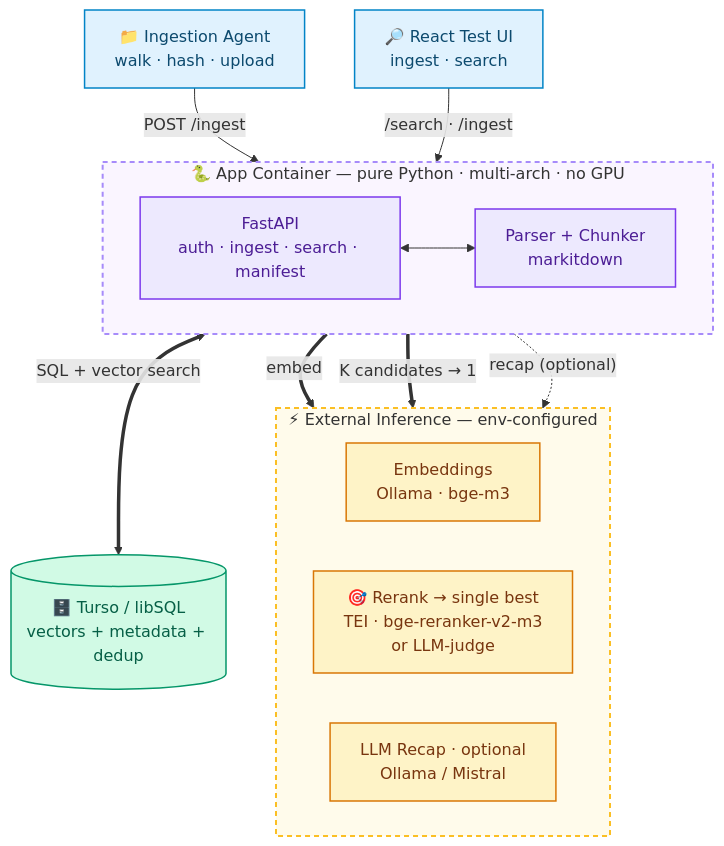
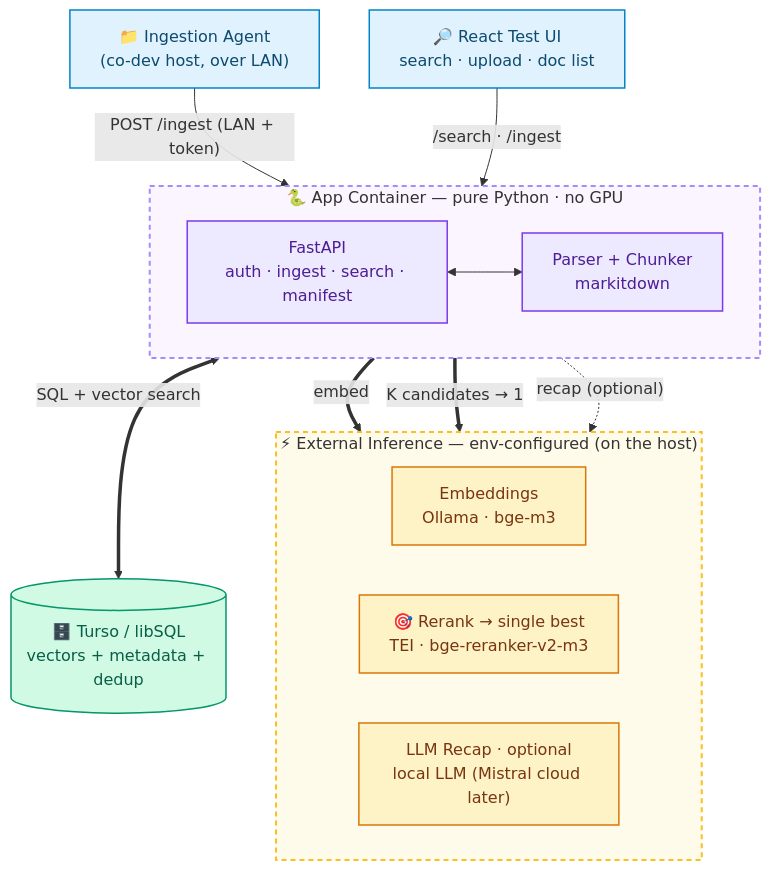
Before and after one commit to AetherisAI/condense: the diagram in README.md, drawn with Mermaid. The commit also changed other lines of this file, not shown here.

````diff
--- a/README.md
+++ b/README.md
@@ -81,41 +82,41 @@
 ```mermaid
 flowchart TB
-    AGENT["📁 Ingestion Agent<br/>walk · hash · upload"]
-    UI["🔎 React Test UI<br/>ingest · search"]
+    AGENT["📁 Ingestion Agent<br/>(co-dev host, over LAN)"]
+    UI["🔎 React Test UI<br/>search · upload · doc list"]
 
-    subgraph app["🐍 App Container — pure Python · multi-arch · no GPU"]
+    subgraph app["🐍 App Container — pure Python · no GPU"]
         direction LR
         API["FastAPI<br/>auth · ingest · search · manifest"]
         PARSE["Parser + Chunker<br/>markitdown"]
         API <--> PARSE
     end
 
-    subgraph inference["⚡ External Inference — env-configured"]
+    subgraph inference["⚡ External Inference — env-configured (on the host)"]
         direction LR
         EMB["Embeddings<br/>Ollama · bge-m3"]
-        RERANK["🎯 Rerank → single best<br/>TEI · bge-reranker-v2-m3<br/>or LLM-judge"]
-        LLM["LLM Recap · optional<br/>Ollama / Mistral"]
+        RERANK["🎯 Rerank → single best<br/>TEI · bge-reranker-v2-m3"]
+        LLM["LLM Recap · optional<br/>local LLM (Mistral cloud later)"]
     end
 
     DB[("🗄️ Turso / libSQL<br/>vectors + metadata + dedup")]
 
-    AGENT -->|"POST /ingest"| API
+    AGENT -->|"POST /ingest (LAN + token)"| API
     UI -->|"/search · /ingest"| API
     API ==>|"embed"| EMB
     API ==>|"K candidates → 1"| RERANK
     API -.->|"recap (optional)"| LLM
     API <==>|"SQL + vector search"| DB
 
     classDef client fill:#e0f2fe,stroke:#0284c7,stroke-width:1.5px,color:#0c4a6e;
     classDef appnode fill:#ede9fe,stroke:#7c3aed,stroke-width:1.5px,color:#4c1d95;
     classDef infer fill:#fef3c7,stroke:#d97706,stroke-width:1.5px,color:#78350f;
     classDef store fill:#d1fae5,stroke:#059669,stroke-width:1.5px,color:#065f46;
 
     class AGENT,UI client;
     class API,PARSE appnode;
     class EMB,RERANK,LLM infer;
     class DB store;
 
     style app fill:#faf5ff,stroke:#a78bfa,stroke-width:2px,stroke-dasharray:5 4;
     style inference fill:#fffbeb,stroke:#fbbf24,stroke-width:2px,stroke-dasharray:5 4;
 ```
````
